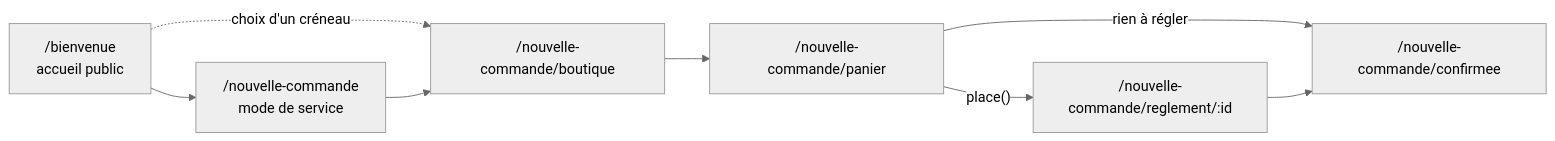
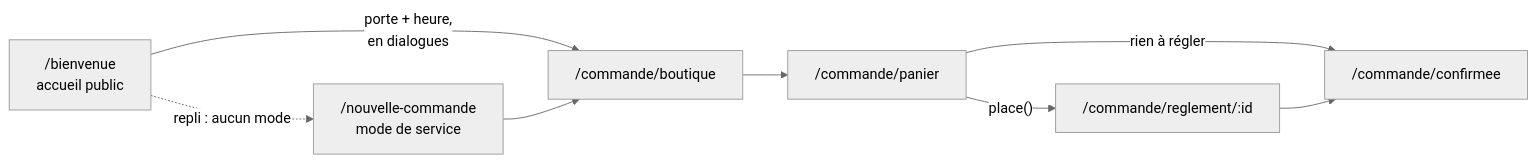
Before and after one commit to hugoheynard/lfd: the second of 4 diagrams in documentation/order/flux-de-commande.md, drawn with Mermaid (neutral theme). The commit also changed other lines of this file and 1 other file, not shown here.

First line of the commit message:
docs(order): le flux de commande reprend les adresses du 2026-09-21

````diff
--- a/documentation/order/flux-de-commande.md
+++ b/documentation/order/flux-de-commande.md
@@ -52,10 +82,10 @@
 ```mermaid
 flowchart LR
-    B["/bienvenue<br/>accueil public"] --> S["/nouvelle-commande<br/>mode de service"]
-    B -.->|"choix d'un créneau"| K["/nouvelle-commande/boutique"]
+    B["/bienvenue<br/>accueil public"] -->|"porte + heure,<br/>en dialogues"| K["/commande/boutique"]
+    B -.->|"repli : aucun mode"| S["/nouvelle-commande<br/>mode de service"]
     S --> K
-    K --> PA["/nouvelle-commande/panier"]
-    PA -->|"place()"| R["/nouvelle-commande/reglement/:id"]
-    PA -->|"rien à régler"| CF["/nouvelle-commande/confirmee"]
+    K --> PA["/commande/panier"]
+    PA -->|"place()"| R["/commande/reglement/:id"]
+    PA -->|"rien à régler"| CF["/commande/confirmee"]
     R --> CF
 ```
````
